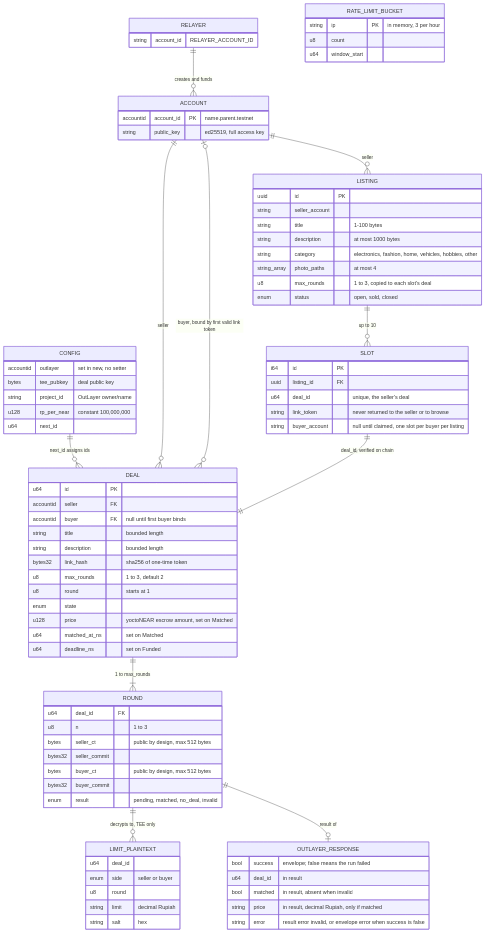
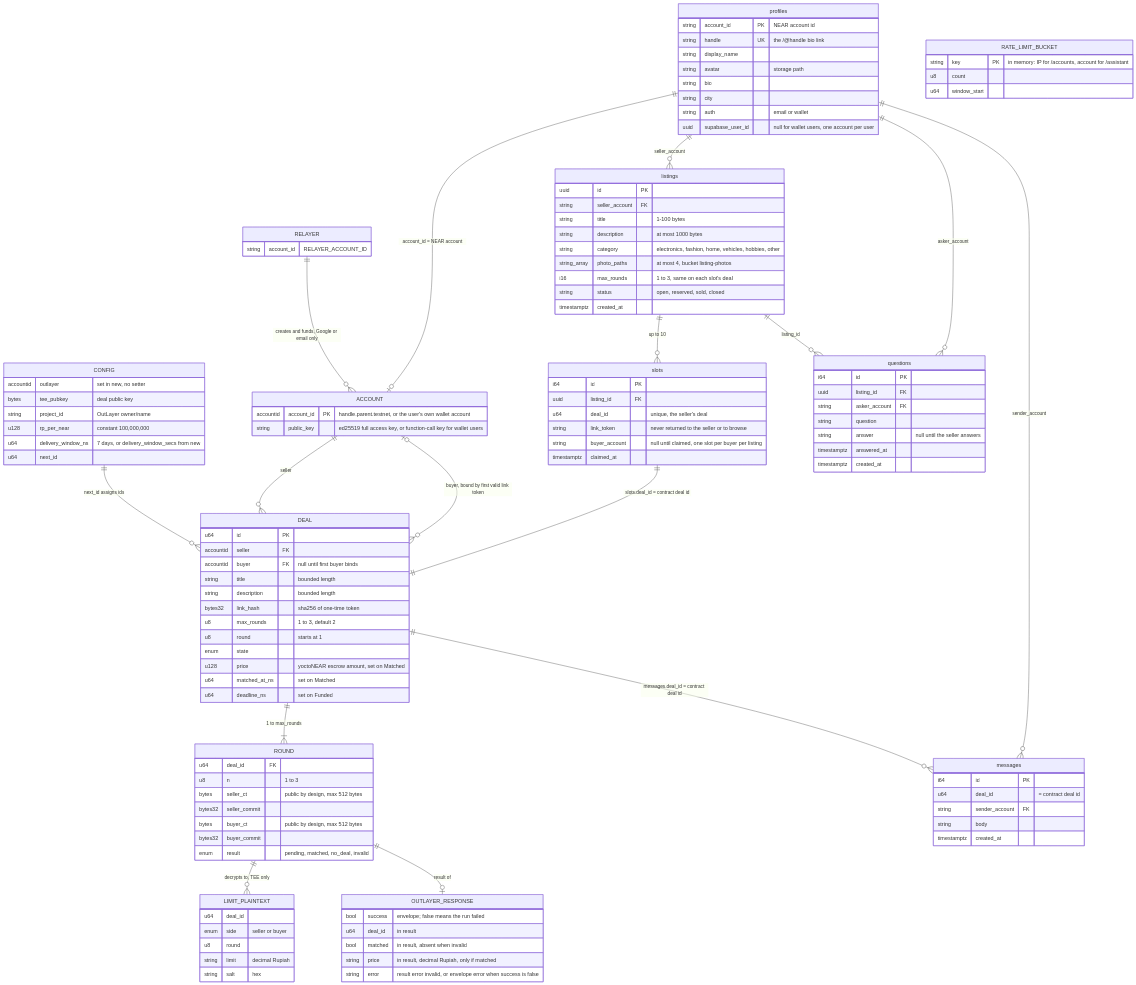
The diagram in docs/DATA-MODEL.md (ketutezraugm/shake), drawn with Mermaid before and after one commit. The commit also changed other lines of this file and 17 other files, not shown here.

```diff
--- a/docs/DATA-MODEL.md
+++ b/docs/DATA-MODEL.md
@@ -25,21 +27,28 @@
     DEAL ||--|{ ROUND : "1 to max_rounds"
     ROUND ||--o{ LIMIT_PLAINTEXT : "decrypts to, TEE only"
     ROUND ||--o| OUTLAYER_RESPONSE : "result of"
-    RELAYER ||--o{ ACCOUNT : "creates and funds"
-    ACCOUNT ||--o{ LISTING : "seller"
-    LISTING ||--o{ SLOT : "up to 10"
-    SLOT ||--|| DEAL : "deal_id, verified on chain"
+    RELAYER ||--o{ ACCOUNT : "creates and funds, Google or email only"
+
+    profiles ||--o{ listings : "seller_account"
+    profiles ||--o| ACCOUNT : "account_id = NEAR account"
+    listings ||--o{ slots : "up to 10"
+    slots ||--|| DEAL : "slots.deal_id = contract deal id"
+    listings ||--o{ questions : "listing_id"
+    DEAL ||--o{ messages : "messages.deal_id = contract deal id"
+    profiles ||--o{ questions : "asker_account"
+    profiles ||--o{ messages : "sender_account"
 
     CONFIG {
         accountid outlayer "set in new, no setter"
         bytes tee_pubkey "deal public key"
         string project_id "OutLayer owner/name"
         u128 rp_per_near "constant 100,000,000"
+        u64 delivery_window_ns "7 days, or delivery_window_secs from new"
         u64 next_id
     }
     ACCOUNT {
-        accountid account_id PK "name.parent.testnet"
-        string public_key "ed25519, full access key"
+        accountid account_id PK "handle.parent.testnet, or the user's own wallet account"
+        string public_key "ed25519 full access key, or function-call key for wallet users"
     }
     DEAL {
         u64 id PK
@@ -81,25 +90,53 @@
     RELAYER {
         string account_id "RELAYER_ACCOUNT_ID"
     }
-    LISTING {
+    profiles {
+        string account_id PK "NEAR account id"
+        string handle UK "the /@handle bio link"
+        string display_name
+        string avatar "storage path"
+        string bio
+        string city
+        string auth "email or wallet"
+        uuid supabase_user_id "null for wallet users, one account per user"
+    }
+    listings {
         uuid id PK
-        string seller_account
+        string seller_account FK
         string title "1-100 bytes"
         string description "at most 1000 bytes"
         string category "electronics, fashion, home, vehicles, hobbies, other"
-        string_array photo_paths "at most 4"
-        u8 max_rounds "1 to 3, copied to each slot's deal"
-        enum status "open, sold, closed"
+        string_array photo_paths "at most 4, bucket listing-photos"
+        i16 max_rounds "1 to 3, same on each slot's deal"
+        string status "open, reserved, sold, closed"
+        timestamptz created_at
     }
-    SLOT {
+    slots {
         i64 id PK
         uuid listing_id FK
         u64 deal_id "unique, the seller's deal"
         string link_token "never returned to the seller or to browse"
         string buyer_account "null until claimed, one slot per buyer per listing"
+        timestamptz claimed_at
+    }
+    questions {
+        i64 id PK
+        uuid listing_id FK
+        string asker_account FK
+        string question
+        string answer "null until the seller answers"
+        timestamptz answered_at
+        timestamptz created_at
+    }
+    messages {
+        i64 id PK
+        u64 deal_id "= contract deal id"
+        string sender_account FK
+        string body
+        timestamptz created_at
     }
     RATE_LIMIT_BUCKET {
-        string ip PK "in memory, 3 per hour"
+        string key PK "in memory: IP for /accounts, account for /assistant"
         u8 count
         u64 window_start
     }
```
